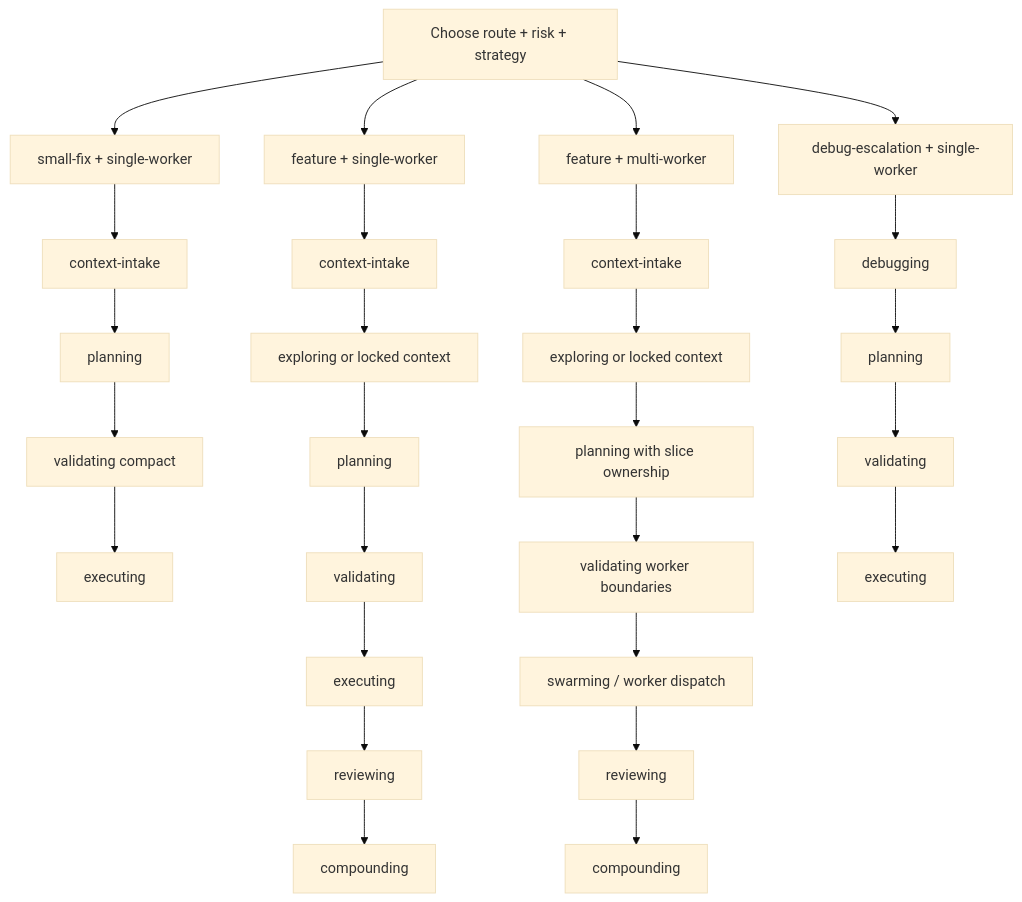
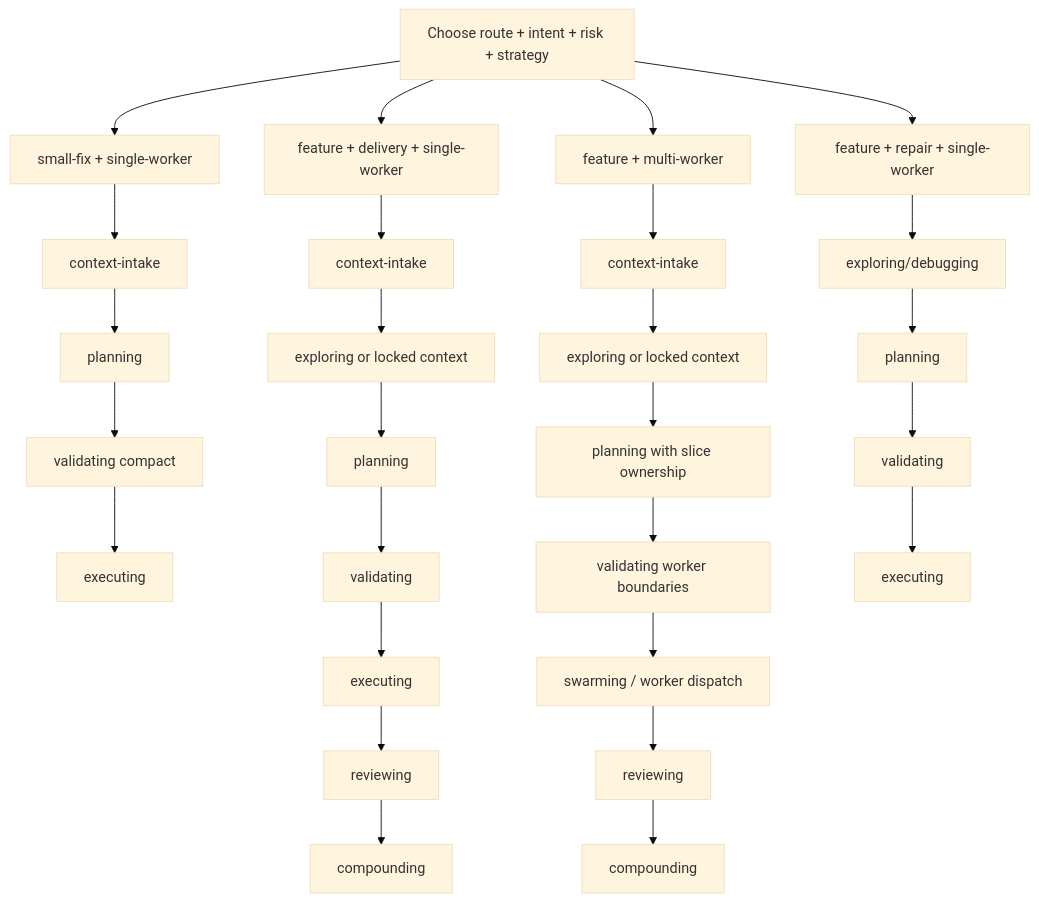
Before and after one commit to Huy-04/beer-skills: the diagram in docs/route-strategy-comparison.md, drawn with Mermaid (base theme). The commit also changed other lines of this file and 50 other files, not shown here.

````diff
--- a/docs/route-strategy-comparison.md
+++ b/docs/route-strategy-comparison.md
@@ -32,33 +34,33 @@
 ```mermaid
 flowchart TD
-    S[Choose route + risk + strategy] --> A[small-fix + single-worker]
-    S --> B[feature + single-worker]
+    S[Choose route + intent + risk + strategy] --> A[small-fix + single-worker]
+    S --> B[feature + delivery + single-worker]
     S --> C[feature + multi-worker]
-    S --> D[debug-escalation + single-worker]
+    S --> D[feature + repair + single-worker]
 
     A --> A0[context-intake]
     A0 --> A1[planning]
     A1 --> A2[validating compact]
     A2 --> A3[executing]
 
     B --> B1[context-intake]
     B1 --> B2[exploring or locked context]
     B2 --> B3[planning]
     B3 --> B4[validating]
     B4 --> B5[executing]
     B5 --> B6[reviewing]
     B6 --> B7[compounding]
 
     C --> C1[context-intake]
     C1 --> C2[exploring or locked context]
     C2 --> C3[planning with slice ownership]
     C3 --> C4[validating worker boundaries]
     C4 --> C5[swarming / worker dispatch]
     C5 --> C6[reviewing]
     C6 --> C7[compounding]
 
-    D --> D1[debugging]
+    D --> D1[exploring/debugging]
     D1 --> D2[planning]
     D2 --> D3[validating]
     D3 --> D4[executing]
 ```
````
